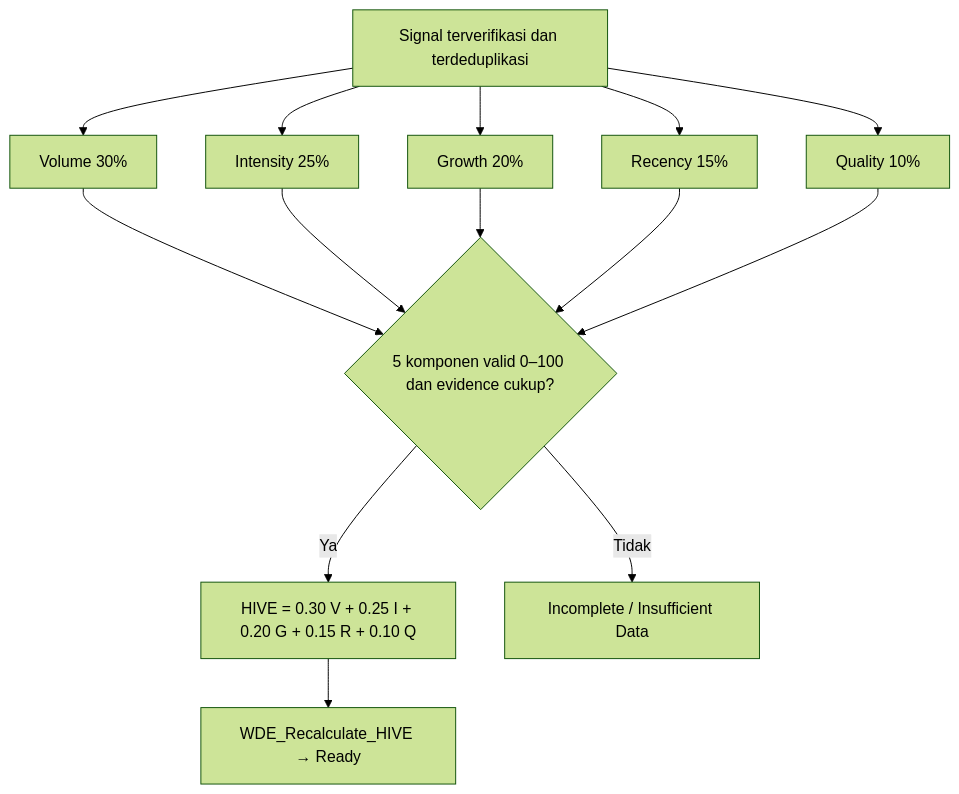
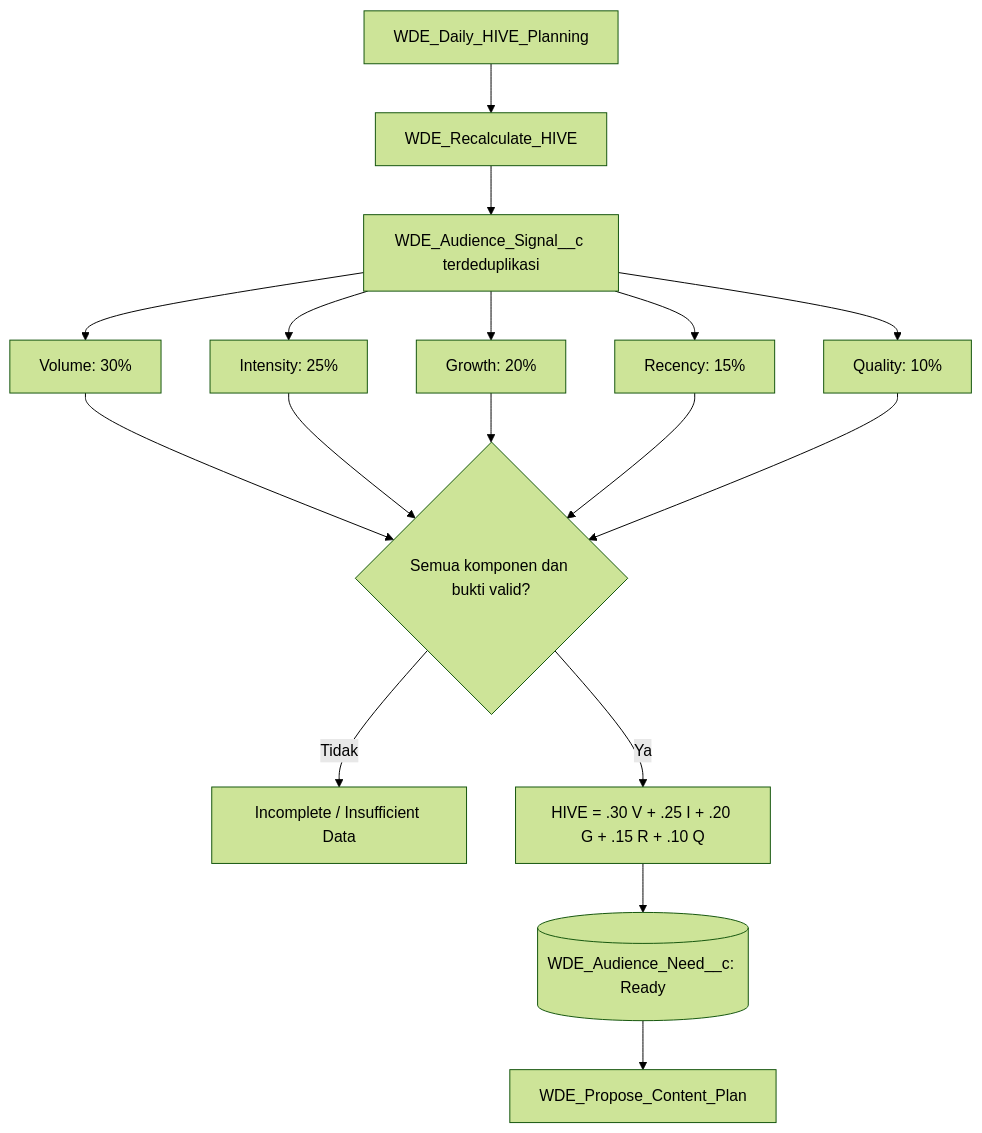
Before and after one commit to jimmytobing/Syntetic-Wisdom: diagram 13 of 28 in SADD-WDE.md, drawn with Mermaid (forest theme). The commit also changed other lines of this file, not shown here.

Commit message:
docs(wde): align visual SADD with two-workflow cleanup and label all Salesforce flows

````diff
--- a/SADD-WDE.md
+++ b/SADD-WDE.md
@@ -264,16 +271,19 @@
 ```mermaid
 flowchart TB
-  SIG["Signal terverifikasi dan terdeduplikasi"] --> V["Volume 30%"]
-  SIG --> I["Intensity 25%"]
-  SIG --> G["Growth 20%"]
-  SIG --> R["Recency 15%"]
-  SIG --> Q["Quality 10%"]
-  V --> CHECK{"5 komponen valid 0–100 dan evidence cukup?"}
+  DAILY["WDE_Daily_HIVE_Planning"] --> CALC["WDE_Recalculate_HIVE"]
+  CALC --> SIGNAL["WDE_Audience_Signal__c terdeduplikasi"]
+  SIGNAL --> V["Volume: 30%"]
+  SIGNAL --> I["Intensity: 25%"]
+  SIGNAL --> G["Growth: 20%"]
+  SIGNAL --> R["Recency: 15%"]
+  SIGNAL --> Q["Quality: 10%"]
+  V --> CHECK{"Semua komponen dan bukti valid?"}
   I --> CHECK
   G --> CHECK
   R --> CHECK
   Q --> CHECK
-  CHECK -- "Ya" --> SCORE["HIVE = 0.30 V + 0.25 I + 0.20 G + 0.15 R + 0.10 Q"]
-  CHECK -- "Tidak" --> INCOMP["Incomplete / Insufficient Data"]
-  SCORE --> READY["WDE_Recalculate_HIVE → Ready"]
+  CHECK -- "Tidak" --> INC["Incomplete / Insufficient Data"]
+  CHECK -- "Ya" --> SCORE["HIVE = .30 V + .25 I + .20 G + .15 R + .10 Q"]
+  SCORE --> READY[("WDE_Audience_Need__c: Ready")]
+  READY --> PLAN["WDE_Propose_Content_Plan"]
 ```
````
